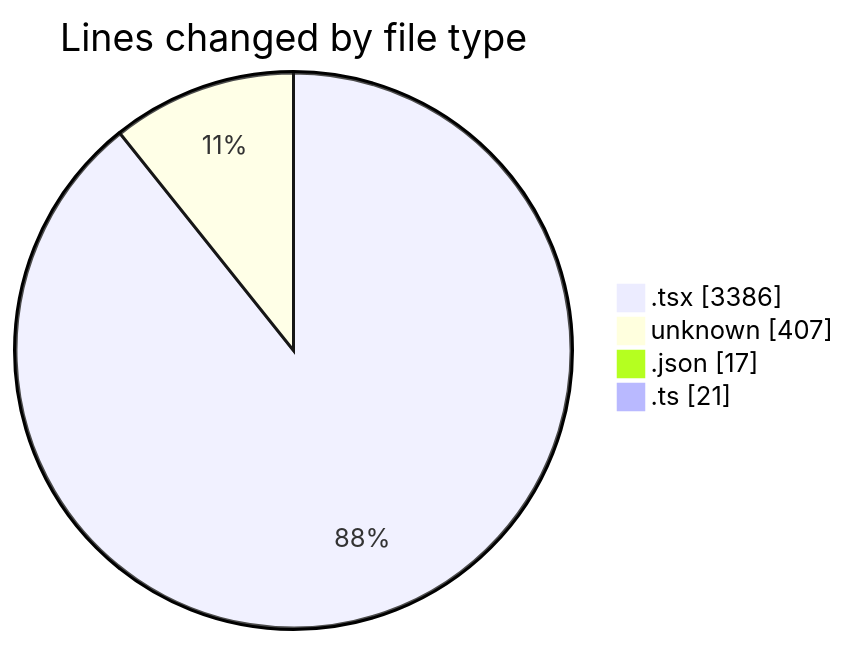
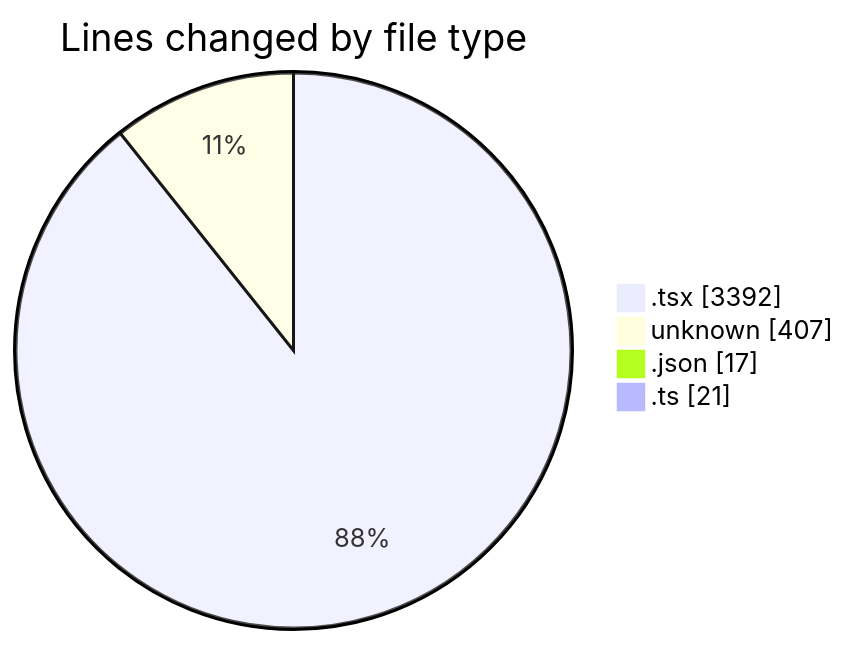
One commit to JenPaints/code-tracking changed the first of 2 diagrams in 2025-06-20/archive/README.md. Above: the diagram before and after it, drawn with Mermaid. The commit also changed other lines of this file and 1 other file, not shown here.

````diff
--- a/2025-06-20/archive/README.md
+++ b/2025-06-20/archive/README.md
@@ -32,8 +32,8 @@
 ```mermaid
 pie showData
 title Lines changed by file type
-".tsx" : 3386
+".tsx" : 3392
 "unknown" : 407
 ".json" : 17
 ".ts" : 21
 ```
````
